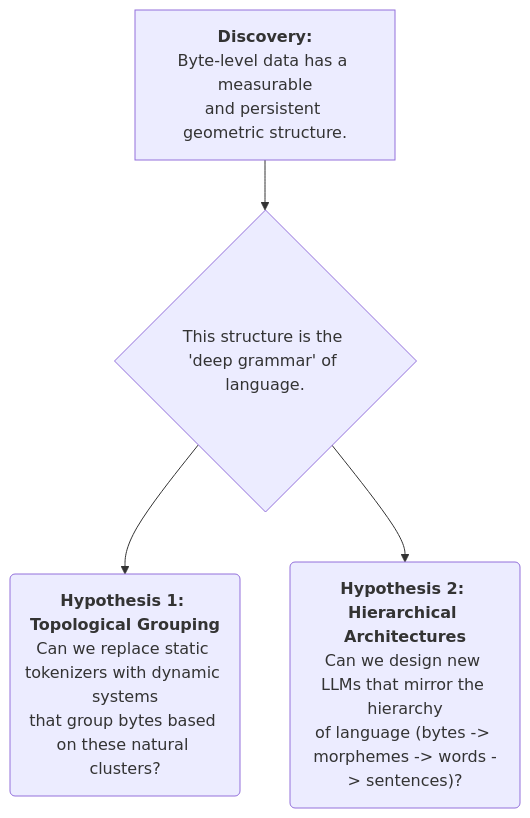
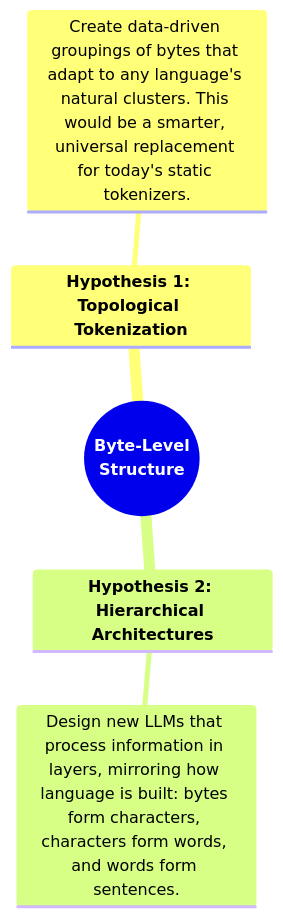
The fourth of 4 diagrams in _posts/2025-08-22-analyzing-bytes-for-llms.md (eltay89/eltay89.github.io), drawn with Mermaid before and after one commit. The commit also changed other lines of this file, not shown here.

````diff
--- a/_posts/2025-08-22-analyzing-bytes-for-llms.md
+++ b/_posts/2025-08-22-analyzing-bytes-for-llms.md
@@ -82,6 +121,11 @@
 ```mermaid
-graph TD
-    A["<b>Discovery:</b><br>Byte-level data has a measurable<br>and persistent geometric structure."] --> B{"This structure is the 'deep grammar' of language."};
-    B --> C("<b>Hypothesis 1: Topological Grouping</b><br>Can we replace static tokenizers with dynamic systems<br>that group bytes based on these natural clusters?");
-    B --> D("<b>Hypothesis 2: Hierarchical Architectures</b><br>Can we design new LLMs that mirror the hierarchy<br>of language (bytes -> morphemes -> words -> sentences)?");
+mindmap
+  root((<b>Byte-Level<br>Structure</b>))
+    ::icon(fa fa-lightbulb)
+    <b>Hypothesis 1: Topological Tokenization</b>
+      ::icon(fa fa-cogs)
+      Create data-driven groupings of bytes that adapt to any language's natural clusters. This would be a smarter, universal replacement for today's static tokenizers.
+    <b>Hypothesis 2: Hierarchical Architectures</b>
+      ::icon(fa fa-sitemap)
+      Design new LLMs that process information in layers, mirroring how language is built: bytes form characters, characters form words, and words form sentences.
 ```
````
